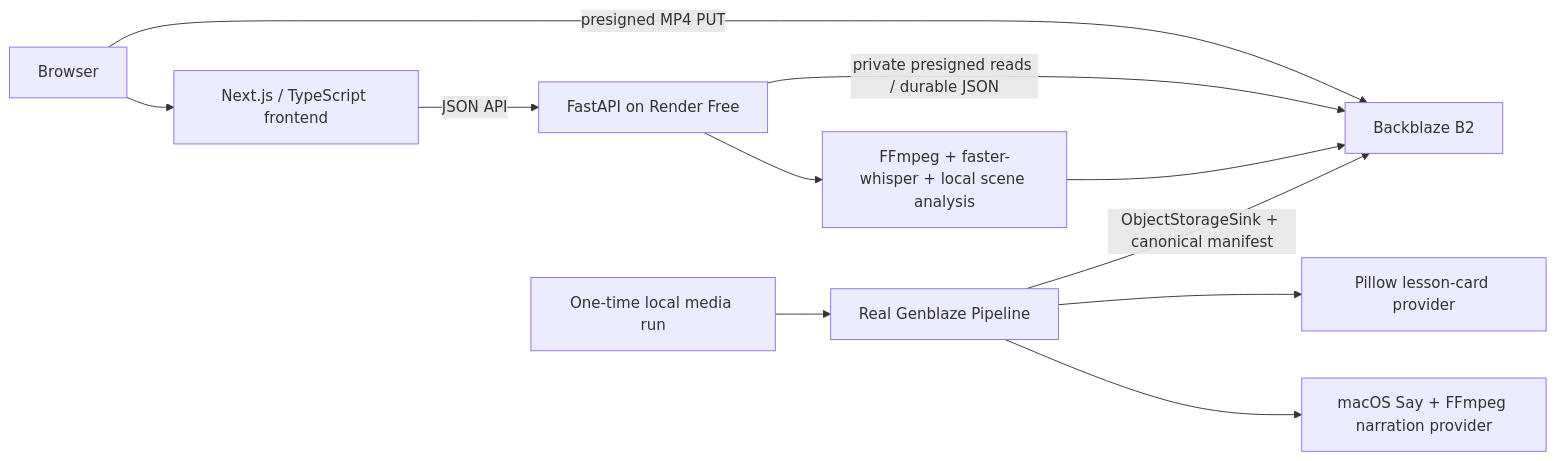
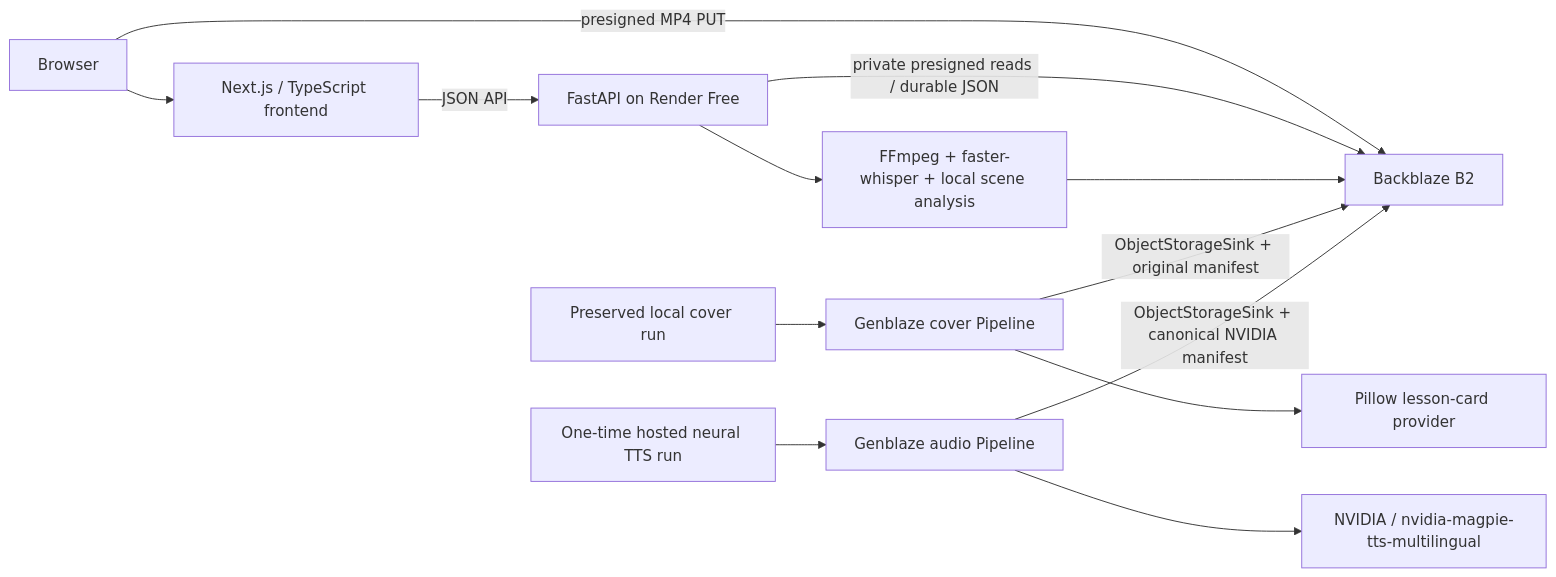
The diagram in README.md (MarieChantal1998/AARchive), drawn with Mermaid before and after one commit. The commit also changed other lines of this file and 4 other files, not shown here.

Commit message:
Document verified NVIDIA neural narration

````diff
--- a/README.md
+++ b/README.md
@@ -39,13 +39,15 @@
 ```mermaid
 flowchart LR
     Browser --> Frontend["Next.js / TypeScript frontend"]
     Browser -->|"presigned MP4 PUT"| B2["Backblaze B2"]
     Frontend -->|"JSON API"| API["FastAPI on Render Free"]
     API -->|"private presigned reads / durable JSON"| B2
     API --> Processor["FFmpeg + faster-whisper + local scene analysis"]
     Processor --> B2
-    LocalRun["One-time local media run"] --> Pipeline["Real Genblaze Pipeline"]
-    Pipeline --> Card["Pillow lesson-card provider"]
-    Pipeline --> TTS["macOS Say + FFmpeg narration provider"]
-    Pipeline -->|"ObjectStorageSink + canonical manifest"| B2
+    LocalRun["Preserved local cover run"] --> CoverPipeline["Genblaze cover Pipeline"]
+    CoverPipeline --> Card["Pillow lesson-card provider"]
+    HostedRun["One-time hosted neural TTS run"] --> AudioPipeline["Genblaze audio Pipeline"]
+    AudioPipeline --> Magpie["NVIDIA / nvidia-magpie-tts-multilingual"]
+    CoverPipeline -->|"ObjectStorageSink + original manifest"| B2
+    AudioPipeline -->|"ObjectStorageSink + canonical NVIDIA manifest"| B2
 ```
````
